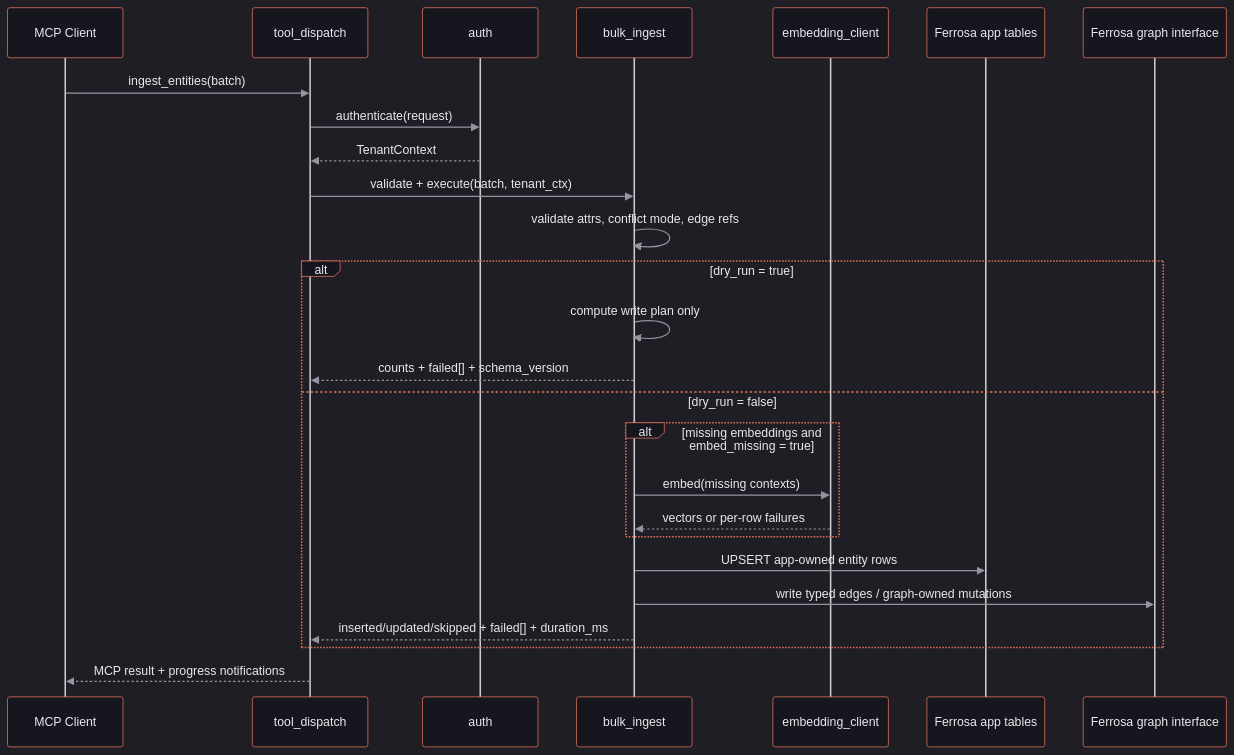
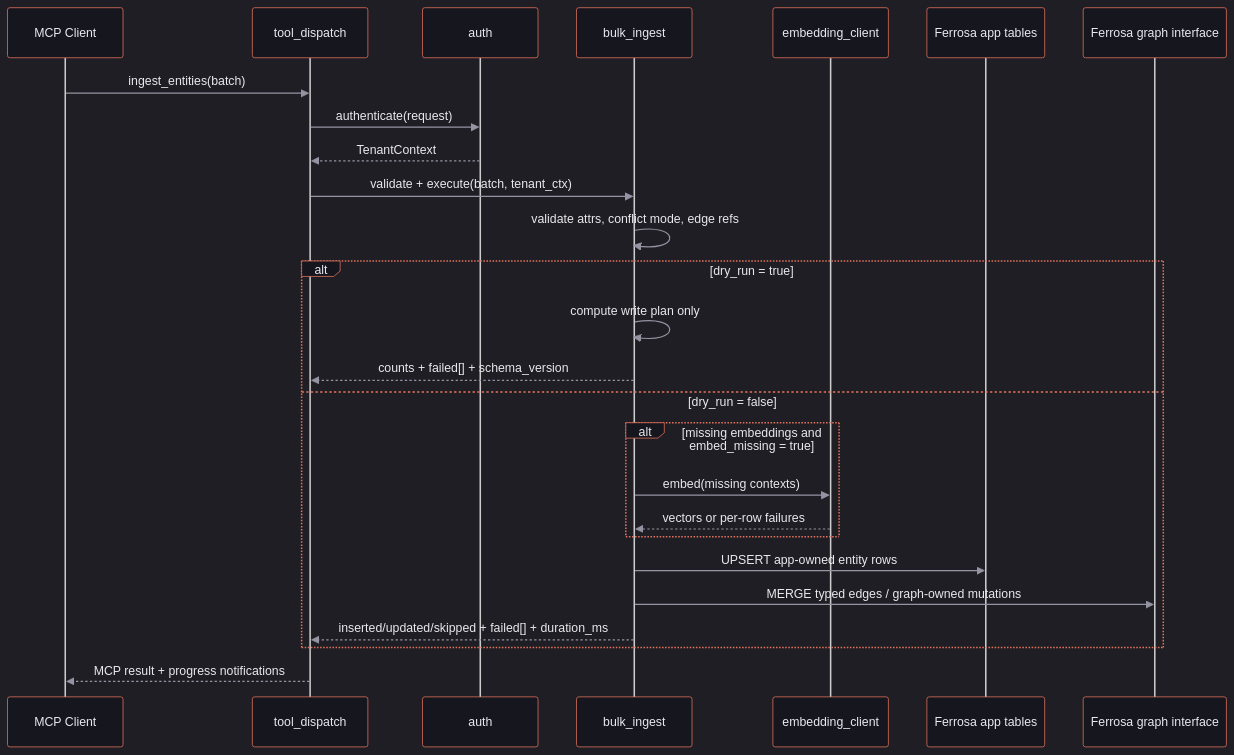
One commit to ferrosadb/ferrosa-memory changed the second of 15 diagrams in specs/data-flow.md. Above: the diagram before and after it, drawn with Mermaid. The commit also changed other lines of this file and 12 other files, not shown here.

Commit message:
docs: update graph boundary architecture

````diff
--- a/specs/data-flow.md
+++ b/specs/data-flow.md
@@ -49,31 +63,31 @@
 ```mermaid
 %%{init: {'theme':'dark','themeVariables':{'actorBkg':'#16161f','actorTextColor':'#e8e8ed','actorBorder':'#e2725b','signalColor':'#9494a3','signalTextColor':'#e8e8ed','labelBoxBkgColor':'#16161f','labelBoxBorderColor':'#e2725b','labelTextColor':'#e8e8ed','loopTextColor':'#e8e8ed','noteBkgColor':'#1c1c28','noteBorderColor':'#d4a574','noteTextColor':'#e8e8ed','activationBkgColor':'#1c1c28','activationBorderColor':'#e2725b'}}}%%
 sequenceDiagram
     participant C as MCP Client
     participant D as tool_dispatch
     participant A as auth
     participant BI as bulk_ingest
     participant E as embedding_client
     participant DB as Ferrosa app tables
     participant G as Ferrosa graph interface
 
     C->>D: ingest_entities(batch)
     D->>A: authenticate(request)
     A-->>D: TenantContext
     D->>BI: validate + execute(batch, tenant_ctx)
     BI->>BI: validate attrs, conflict mode, edge refs
 
     alt dry_run = true
         BI->>BI: compute write plan only
         BI-->>D: counts + failed[] + schema_version
     else dry_run = false
         alt missing embeddings and embed_missing = true
             BI->>E: embed(missing contexts)
             E-->>BI: vectors or per-row failures
         end
         BI->>DB: UPSERT app-owned entity rows
-        BI->>G: write typed edges / graph-owned mutations
+        BI->>G: MERGE typed edges / graph-owned mutations
         BI-->>D: inserted/updated/skipped + failed[] + duration_ms
     end
     D-->>C: MCP result + progress notifications
 ```
````
